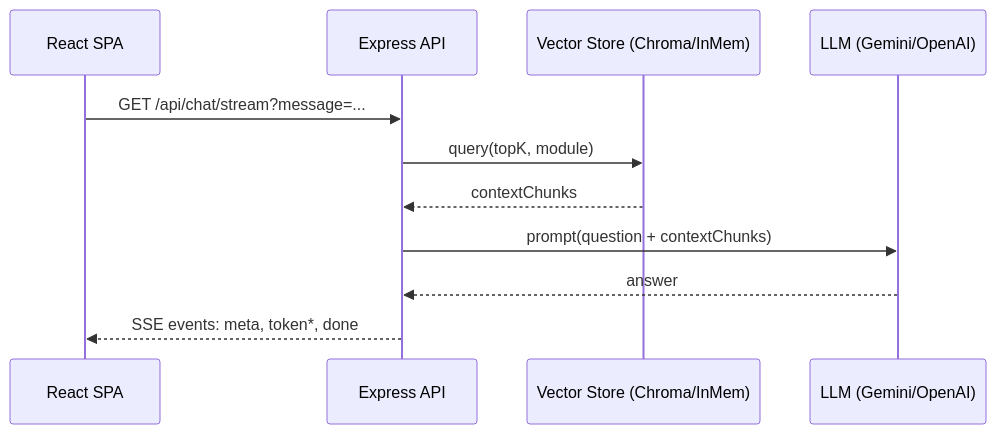
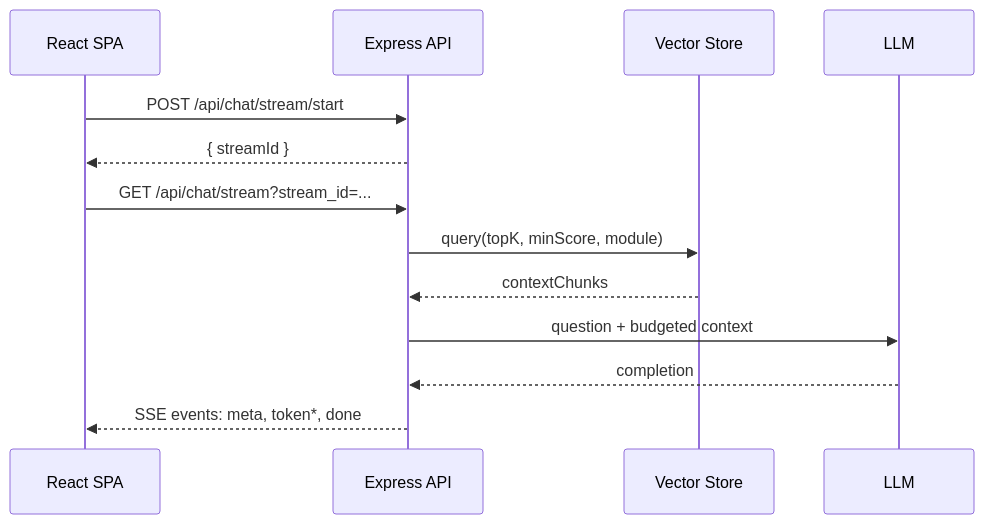
The second of 2 diagrams in README.md (jasonjlcl/Skill-Forge-), drawn with Mermaid before and after one commit. The commit also changed other lines of this file and 1 other file, not shown here.

Commit message:
docs: refresh README and architecture documentation

````diff
--- a/README.md
+++ b/README.md
@@ -49,14 +50,16 @@
 ```mermaid
 sequenceDiagram
   participant SPA as React SPA
   participant API as Express API
-  participant VS as Vector Store (Chroma/InMem)
-  participant LLM as LLM (Gemini/OpenAI)
+  participant VS as Vector Store
+  participant LLM as LLM
 
-  SPA->>API: GET /api/chat/stream?message=...
-  API->>VS: query(topK, module)
+  SPA->>API: POST /api/chat/stream/start
+  API-->>SPA: { streamId }
+  SPA->>API: GET /api/chat/stream?stream_id=...
+  API->>VS: query(topK, minScore, module)
   VS-->>API: contextChunks
-  API->>LLM: prompt(question + contextChunks)
-  LLM-->>API: answer
+  API->>LLM: question + budgeted context
+  LLM-->>API: completion
   API-->>SPA: SSE events: meta, token*, done
 ```
````
